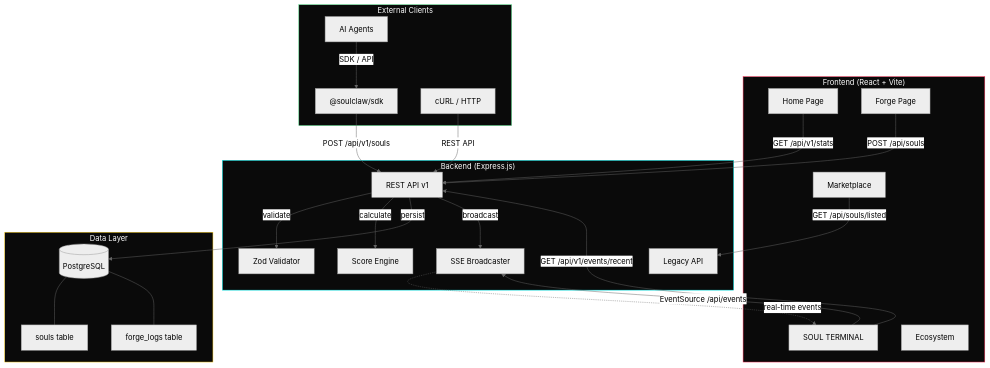
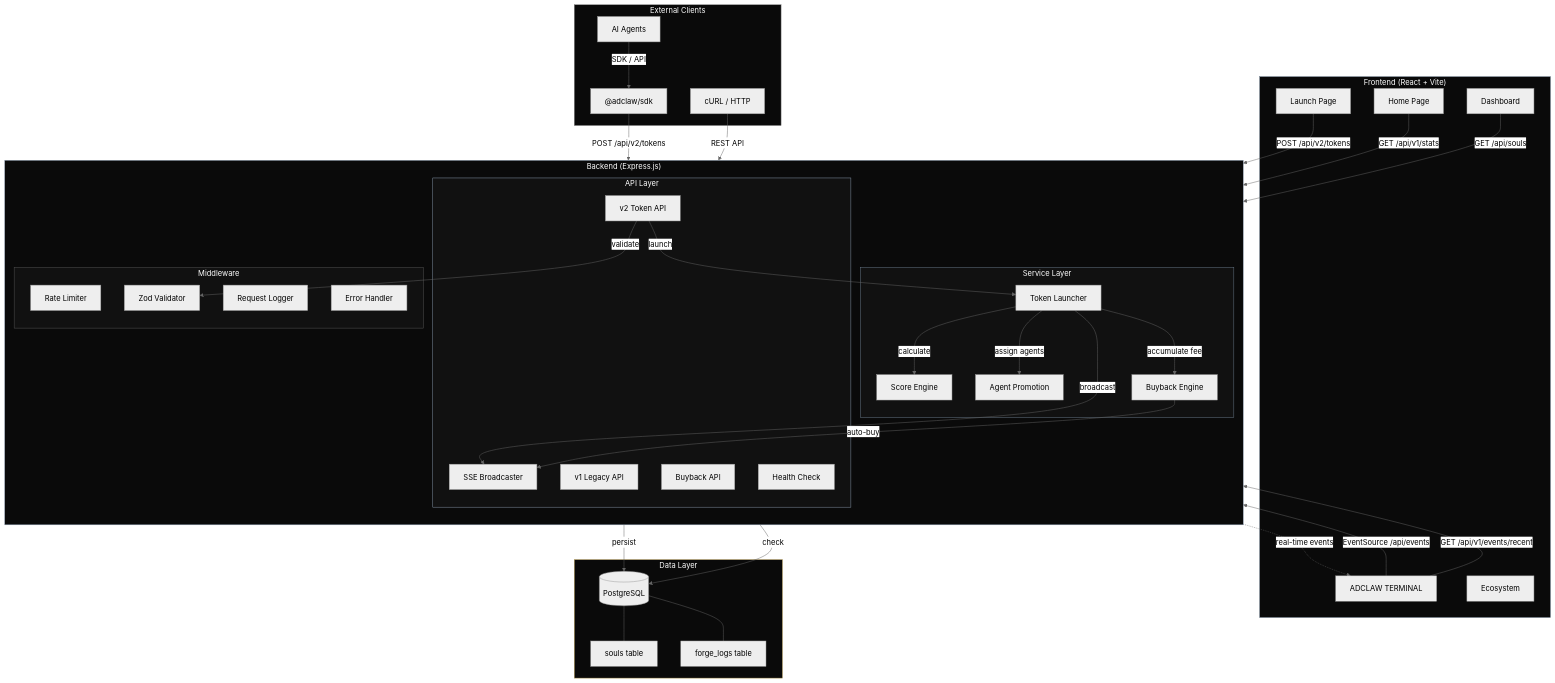
One commit to dewifart/AdClaw changed the first of 3 diagrams in README.md. Above: the diagram before and after it, drawn with Mermaid (neutral theme). The commit also changed other lines of this file and 28 other files, not shown here.

````diff
--- a/README.md
+++ b/README.md
@@ -72,60 +44,79 @@
 ```mermaid
 graph TB
     subgraph Client ["Frontend (React + Vite)"]
         HP[Home Page]
-        FP[Forge Page]
-        MP[Marketplace]
-        LT[SOUL TERMINAL]
+        FP[Launch Page]
+        LT[ADCLAW TERMINAL]
         EP[Ecosystem]
+        DB_PAGE[Dashboard]
     end
 
     subgraph Server ["Backend (Express.js)"]
-        API[REST API v1]
-        LEGACY[Legacy API]
-        SSE[SSE Broadcaster]
-        SCORE[Score Engine]
-        VAL[Zod Validator]
+        direction TB
+        subgraph API ["API Layer"]
+            V2[v2 Token API]
+            V1[v1 Legacy API]
+            SSE[SSE Broadcaster]
+            BB_API[Buyback API]
+            HEALTH[Health Check]
+        end
+        subgraph Services ["Service Layer"]
+            LAUNCHER[Token Launcher]
+            SCORE[Score Engine]
+            PROMO[Agent Promotion]
+            BB_ENGINE[Buyback Engine]
+        end
+        subgraph Middleware ["Middleware"]
+            RL[Rate Limiter]
+            LOG[Request Logger]
+            ERR[Error Handler]
+            VAL[Zod Validator]
+        end
     end
 
     subgraph Data ["Data Layer"]
         PG[(PostgreSQL)]
-        SOULS_TBL[souls table]
-        LOGS_TBL[forge_logs table]
+        SOULS[souls table]
+        LOGS[forge_logs table]
     end
 
     subgraph External ["External Clients"]
-        SDK["@soulclaw/sdk"]
+        SDK["@adclaw/sdk"]
         CURL[cURL / HTTP]
         AGENTS[AI Agents]
     end
 
-    %% Client to Server
-    FP -->|POST /api/souls| API
-    HP -->|GET /api/v1/stats| API
+    FP -->|POST /api/v2/tokens| V2
+    HP -->|GET /api/v1/stats| V1
     LT -->|EventSource /api/events| SSE
-    LT -->|GET /api/v1/events/recent| API
-    MP -->|GET /api/souls/listed| LEGACY
+    LT -->|GET /api/v1/events/recent| V1
+    DB_PAGE -->|GET /api/souls| V1
 
-    %% External to Server
-    SDK -->|POST /api/v1/souls| API
-    CURL -->|REST API| API
+    SDK -->|POST /api/v2/tokens| V2
+    CURL -->|REST API| V2
     AGENTS -->|SDK / API| SDK
 
-    %% Server internal
-    API -->|validate| VAL
-    API -->|calculate| SCORE
-    API -->|persist| PG
-    API -->|broadcast| SSE
+    V2 -->|validate| VAL
+    V2 -->|launch| LAUNCHER
+    LAUNCHER -->|calculate| SCORE
+    LAUNCHER -->|assign agents| PROMO
+    LAUNCHER -->|accumulate fee| BB_ENGINE
+    LAUNCHER -->|persist| PG
+    LAUNCHER -->|broadcast| SSE
 
-    %% Data
-    PG --- SOULS_TBL
-    PG --- LOGS_TBL
+    BB_ENGINE -->|auto-buy| SSE
+    HEALTH -->|check| PG
 
-    %% SSE to Client
+    PG --- SOULS
+    PG --- LOGS
+
     SSE -.->|real-time events| LT
 
-    style Client fill:#0a0a0a,stroke:#FF2D55,color:#fff
-    style Server fill:#0a0a0a,stroke:#00FFFF,color:#fff
-    style Data fill:#0a0a0a,stroke:#facc15,color:#fff
-    style External fill:#0a0a0a,stroke:#4ade80,color:#fff
+    style Client fill:#0a0a0a,stroke:#6B7B8D,color:#fff
+    style Server fill:#0a0a0a,stroke:#8A9AAD,color:#fff
+    style API fill:#111111,stroke:#8A9AAD,color:#fff
+    style Services fill:#111111,stroke:#6B7B8D,color:#fff
+    style Middleware fill:#111111,stroke:#555,color:#fff
+    style Data fill:#0a0a0a,stroke:#C4A962,color:#fff
+    style External fill:#0a0a0a,stroke:#888,color:#fff
 ```
````
